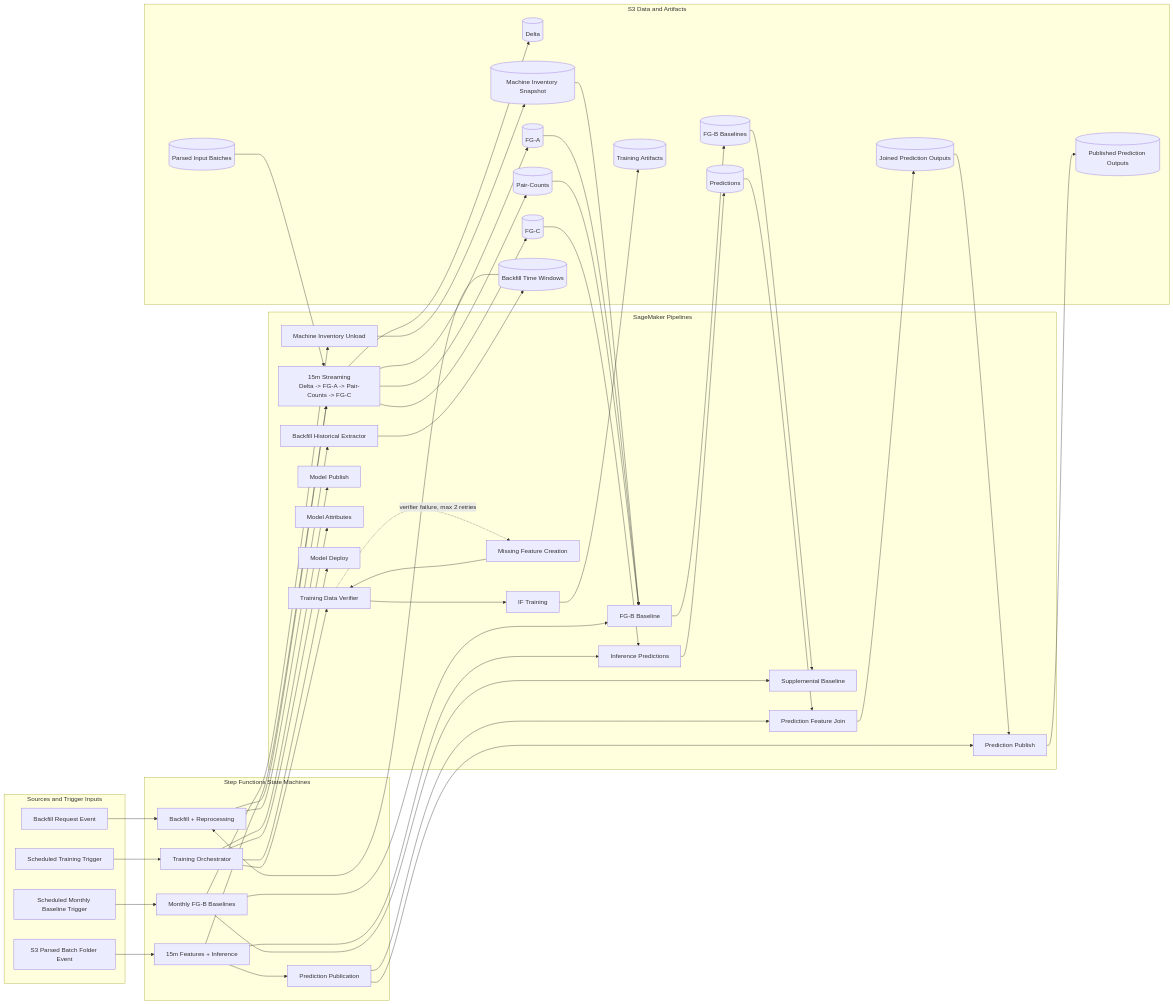
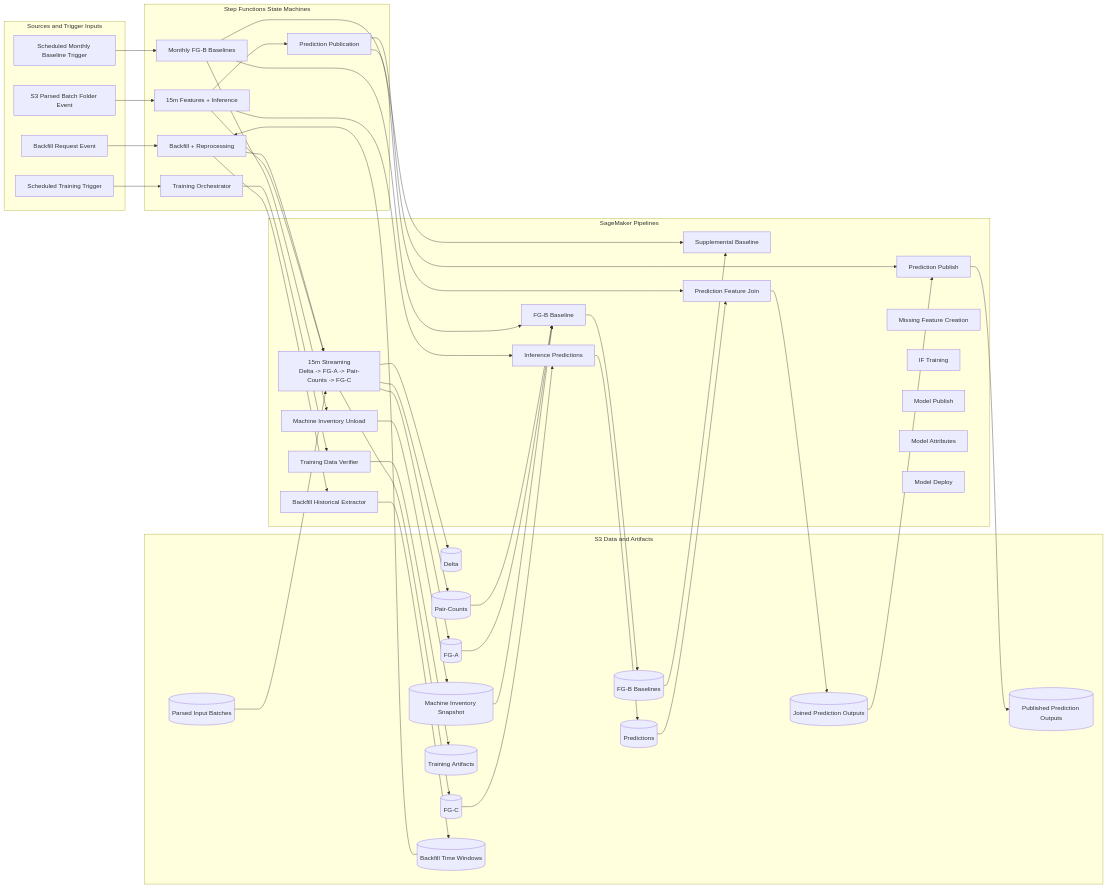
Before and after one commit to eyal-ran/ndr_features_pipeline: the diagram in ndr_features_pipeline/docs/architecture/diagrams/pipeline_flow.md, drawn with Mermaid. The commit also changed other lines of this file and 14 other files, not shown here.

```diff
--- a/ndr_features_pipeline/docs/architecture/diagrams/pipeline_flow.md
+++ b/ndr_features_pipeline/docs/architecture/diagrams/pipeline_flow.md
@@ -86,13 +86,7 @@
     D5 --> C5
 
     B3 --> C8
-    C8 --> C10
-    C8 -. verifier failure, max 2 retries .-> C9
-    C9 --> C8
-    C10 --> D10
-    B3 --> C11
-    B3 --> C12
-    B3 --> C13
+    C8 --> D10
 
     B5 --> C14
     C14 --> D12
```
